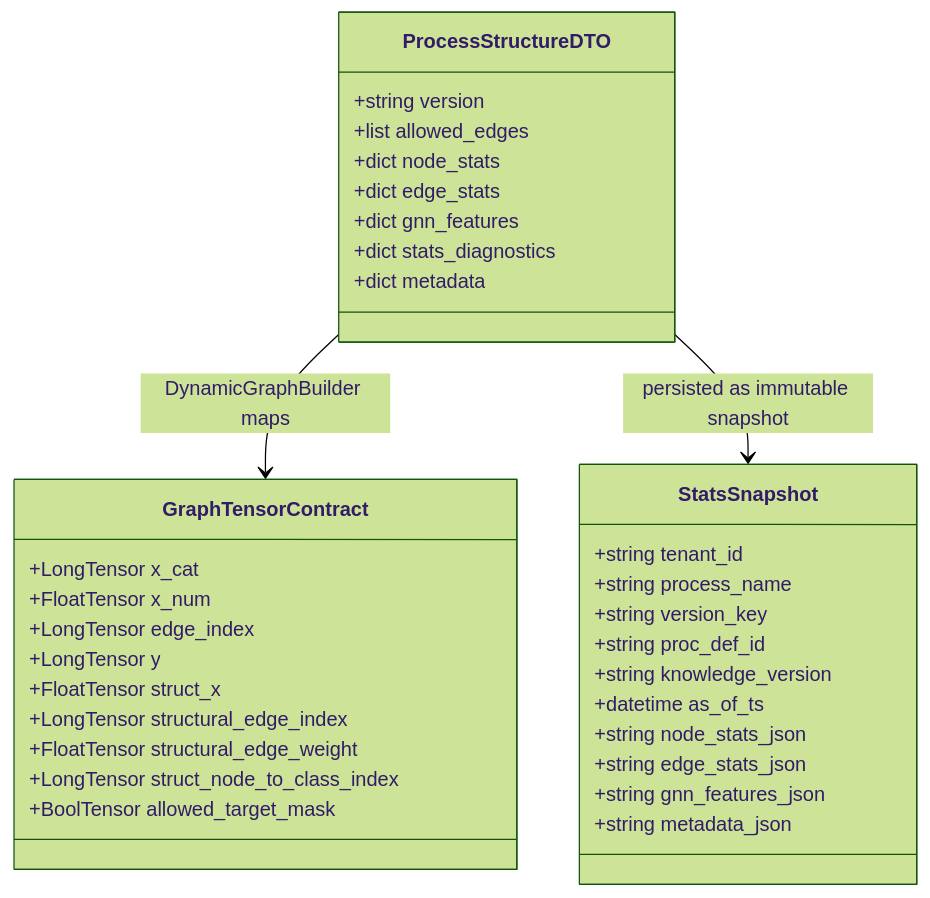
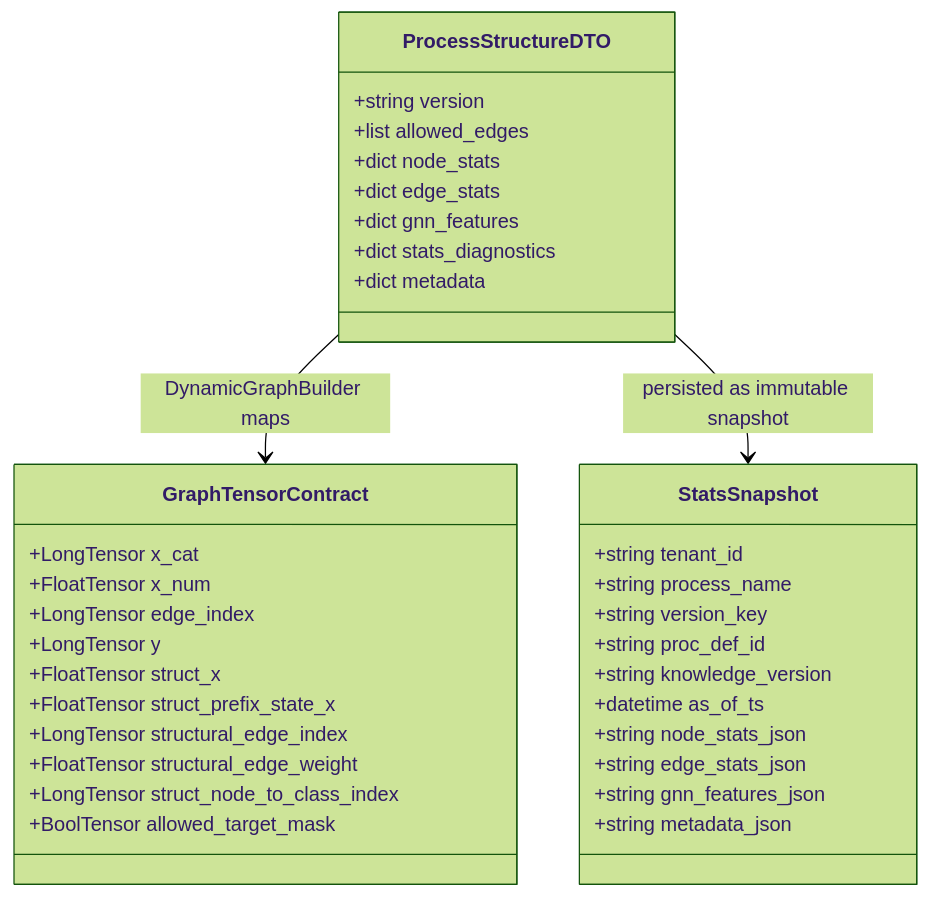
The diagram in docs/DATA_MODEL_MVP2_5.MD (ghsrg/bpm_prediction), drawn with Mermaid (forest theme) before and after one commit. The commit also changed other lines of this file and 23 other files, not shown here.

````diff
--- a/docs/DATA_MODEL_MVP2_5.MD
+++ b/docs/DATA_MODEL_MVP2_5.MD
@@ -179,40 +181,41 @@
 ```mermaid
 classDiagram
     class ProcessStructureDTO {
       +string version
       +list allowed_edges
       +dict node_stats
       +dict edge_stats
       +dict gnn_features
       +dict stats_diagnostics
       +dict metadata
     }
 
     class StatsSnapshot {
       +string tenant_id
       +string process_name
       +string version_key
       +string proc_def_id
       +string knowledge_version
       +datetime as_of_ts
       +string node_stats_json
       +string edge_stats_json
       +string gnn_features_json
       +string metadata_json
     }
 
     class GraphTensorContract {
       +LongTensor x_cat
       +FloatTensor x_num
       +LongTensor edge_index
       +LongTensor y
       +FloatTensor struct_x
+      +FloatTensor struct_prefix_state_x
       +LongTensor structural_edge_index
       +FloatTensor structural_edge_weight
       +LongTensor struct_node_to_class_index
       +BoolTensor allowed_target_mask
     }
 
     ProcessStructureDTO --> GraphTensorContract : DynamicGraphBuilder maps
     ProcessStructureDTO --> StatsSnapshot : persisted as immutable snapshot
 ```
````
